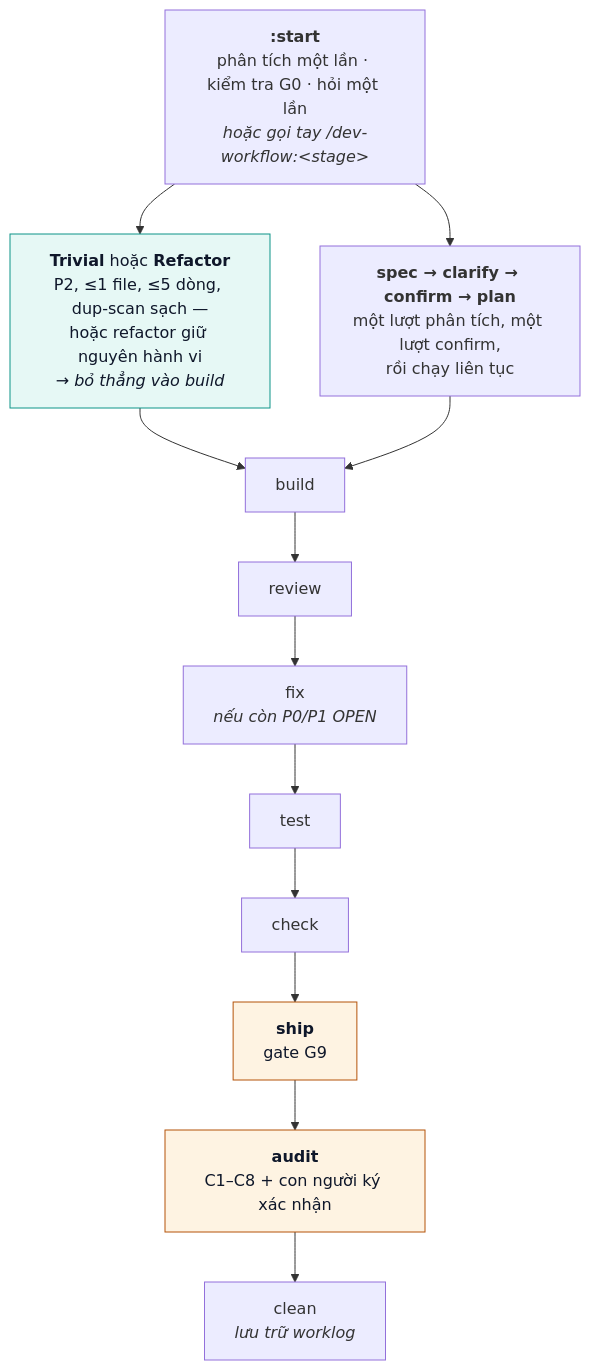
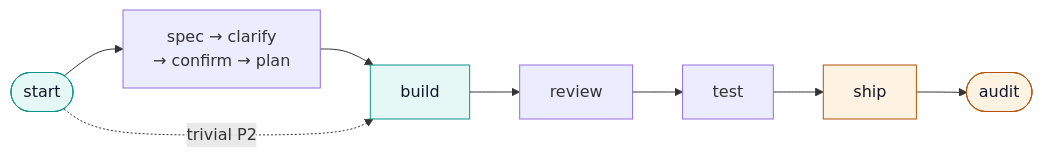
Before and after one commit to ninhlee99/dev-workflow: the diagram in README.vi.md, drawn with Mermaid. The commit also changed other lines of this file and 2 other files, not shown here.

Commit message:
docs: compact the README flow diagram to one horizontal row
The vertical flowchart with bold/italic multi-line HTML labels ate a
lot of visual space for a front-door doc. Replaced with a single LR
row (start -> spec/clarify/confirm/plan -> build -> review -> test ->
ship -> audit) plus a dashed trivial-P2 shortcut straight to build,
keeping the same fast/gate color coding. Stages dropped from the
diagram for space (fix/check/clean) are named in the caption line with
a link to USER-GUIDE §3 for the full sequence, so nothing is lost.

Applied identically to README.vi.md and README.ja.md — all three stay
in lockstep at 105 lines.

Claude-Session: https://claude.ai/code/session_01WpMD6YmGymMifFkcK7ehBs

````diff
--- a/README.vi.md
+++ b/README.vi.md
@@ -48,27 +48,10 @@
 ```mermaid
-flowchart TD
-    start["<b>:start</b><br/>phân tích một lần · kiểm tra G0 · hỏi một lần<br/><i>hoặc gọi tay /dev-workflow:&lt;stage&gt;</i>"]
-
-    trivial["<b>Trivial</b> hoặc <b>Refactor</b><br/>P2, ≤1 file, ≤5 dòng, dup-scan sạch —<br/>hoặc refactor giữ nguyên hành vi<br/><i>→ bỏ thẳng vào build</i>"]
-    full["<b>spec → clarify → confirm → plan</b><br/>một lượt phân tích, một lượt confirm,<br/>rồi chạy liên tục"]
-
-    build[build]
-    review[review]
-    fix["fix<br/><i>nếu còn P0/P1 OPEN</i>"]
-    test[test]
-    check[check]
-    ship["<b>ship</b><br/>gate G9"]
-    audit["<b>audit</b><br/>C1–C8 + con người ký xác nhận"]
-    clean["clean<br/><i>lưu trữ worklog</i>"]
-
-    start --> trivial
-    start --> full
-    trivial --> build
-    full --> build
-    build --> review --> fix --> test --> check --> ship --> audit --> clean
+flowchart LR
+    start(["start"]) --> spec["spec → clarify\n→ confirm → plan"] --> build --> review --> test --> ship --> audit(["audit"])
+    start -.trivial P2.-> build
 
     classDef fast fill:#e6f8f5,stroke:#0d9488,color:#0f172a;
     classDef gate fill:#fef3e2,stroke:#b45309,color:#0f172a;
-    class trivial fast
+    class start,build fast
     class ship,audit gate
 ```
````
